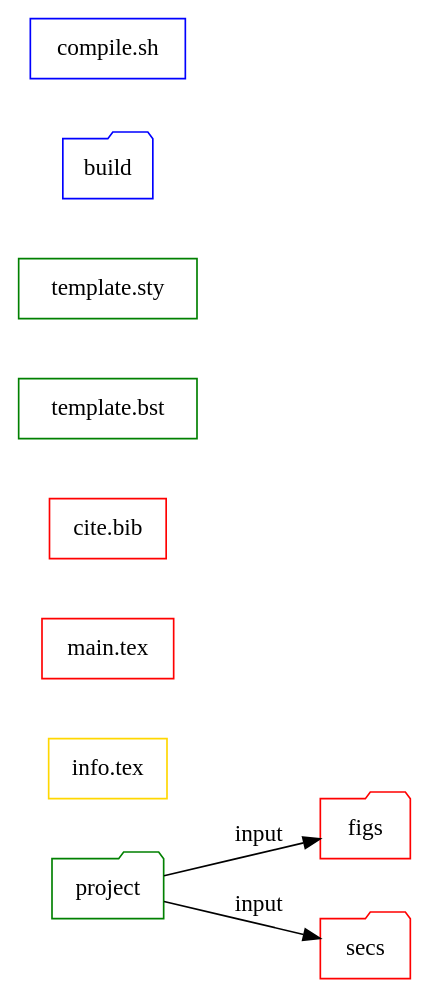
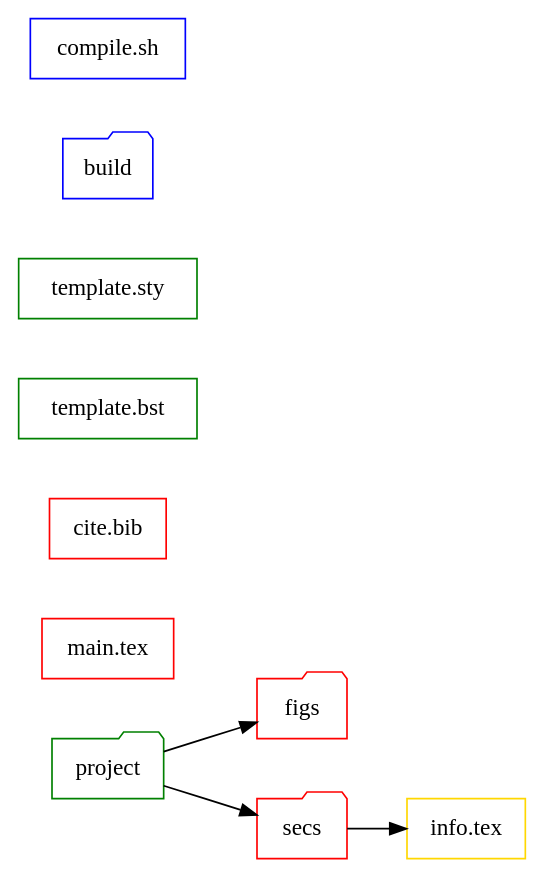
One commit to bwtian/texTemplate changed the diagram in texTemplate.org. Above: the diagram before and after it, drawn with Graphviz. The commit also changed other lines of this file and 1 other file, not shown here.

Commit message:
- ‘.#texTemplate.org’ / ‘texTemplate.org’

```diff
--- a/texTemplate.org
+++ b/texTemplate.org
@@ -4,26 +4,27 @@
 #+BEGIN_SRC dot :file ./texTemplate.svg
   digraph {
   rankdir = LR
   fontname="Times";
   fontsize = 12;
   splines = false;
   ranksep = 0.5;
   nodesep = 0.5;
   node [shape = box]
   //1. set node
   proj [label = "project", color = green, shape="folder"]
   info [label = "info.tex", color = gold]
   main [label = "main.tex", color = red]
   bib [label = "cite.bib", color = red]
   bst [label = "template.bst", color = green]
   sty [label = "template.sty", color = green]
   fig [label = "figs", color=red, shape="folder"]
   sec [label = "secs", color=red, shape="folder"]
   build [label  = "build", color = blue, shape="folder"]
   gen [label = "compile.sh", color = blue]
   //2. set path
-  proj -> {fig, sec} [label = input]
+  proj -> {fig sec}
+  sec -> {info}
   //3. set rank
 
   }
 #+END_SRC
```
